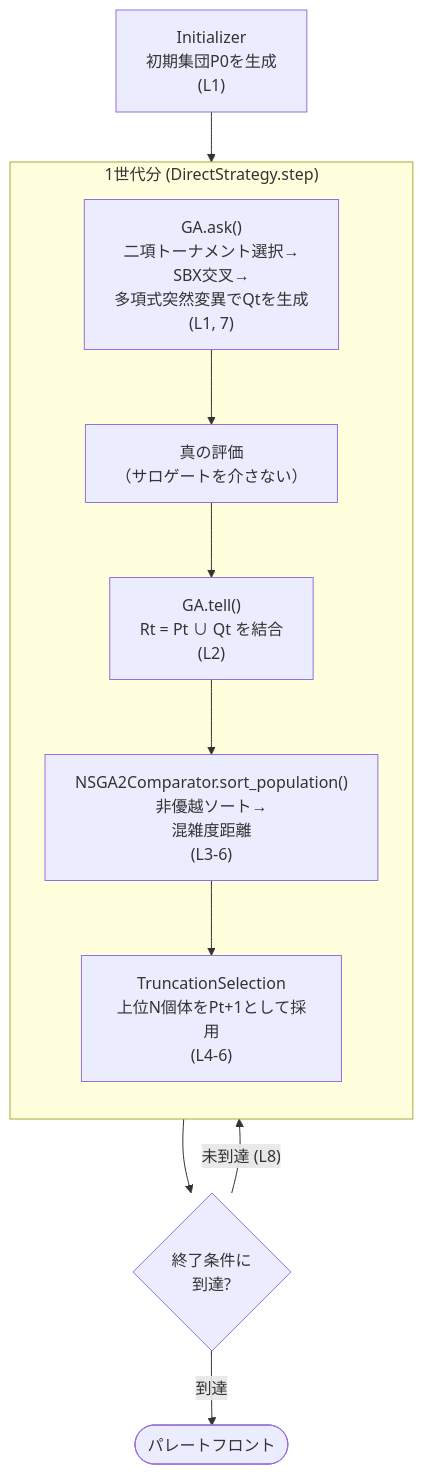
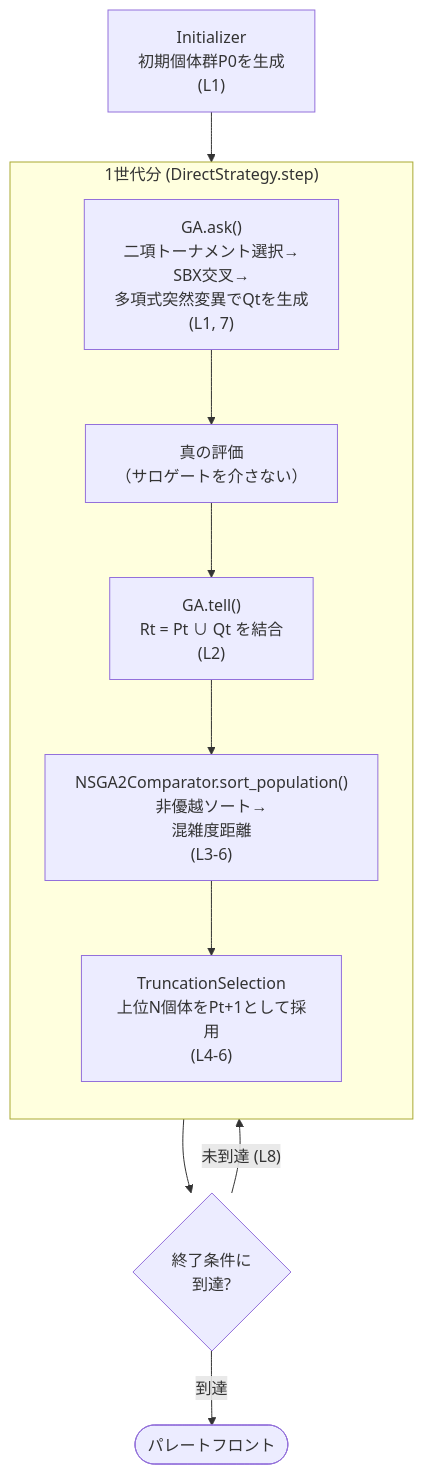
The diagram in docs/algorithms/nsga2.md (shlka/saealib), drawn with Mermaid before and after one commit. The commit also changed other lines of this file and 27 other files, not shown here.

````diff
--- a/docs/algorithms/nsga2.md
+++ b/docs/algorithms/nsga2.md
@@ -68,14 +68,14 @@
 ```{mermaid}
 flowchart TD
-    INIT["Initializer<br/>初期集団P0を生成<br/>(L1)"] --> GEN
+    INIT["Initializer<br/>初期個体群P0を生成<br/>(L1)"] --> GEN
     subgraph GEN["1世代分 (DirectStrategy.step)"]
         direction TB
         ASK["GA.ask()<br/>二項トーナメント選択→<br/>SBX交叉→<br/>多項式突然変異でQtを生成<br/>(L1, 7)"] --> EVAL["真の評価<br/>（サロゲートを介さない）"]
         EVAL --> COMB["GA.tell()<br/>Rt = Pt ∪ Qt を結合<br/>(L2)"]
         COMB --> SORT["NSGA2Comparator.sort_population()<br/>非優越ソート→<br/>混雑度距離<br/>(L3-6)"]
         SORT --> TRUNC["TruncationSelection<br/>上位N個体をPt+1として採用<br/>(L4-6)"]
     end
     GEN --> TERM{"終了条件に<br/>到達?"}
     TERM -- "未到達 (L8)" --> GEN
     TERM -- "到達" --> RESULT(["パレートフロント"])
 ```
````
